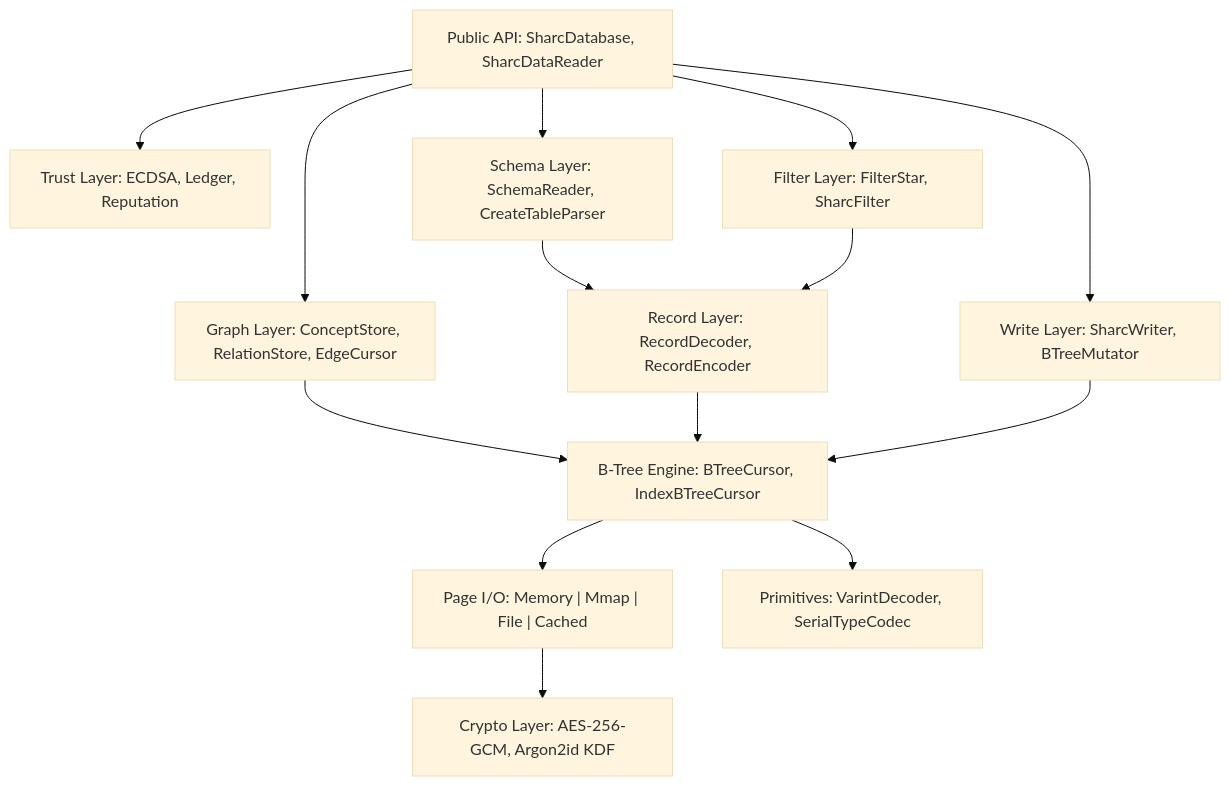
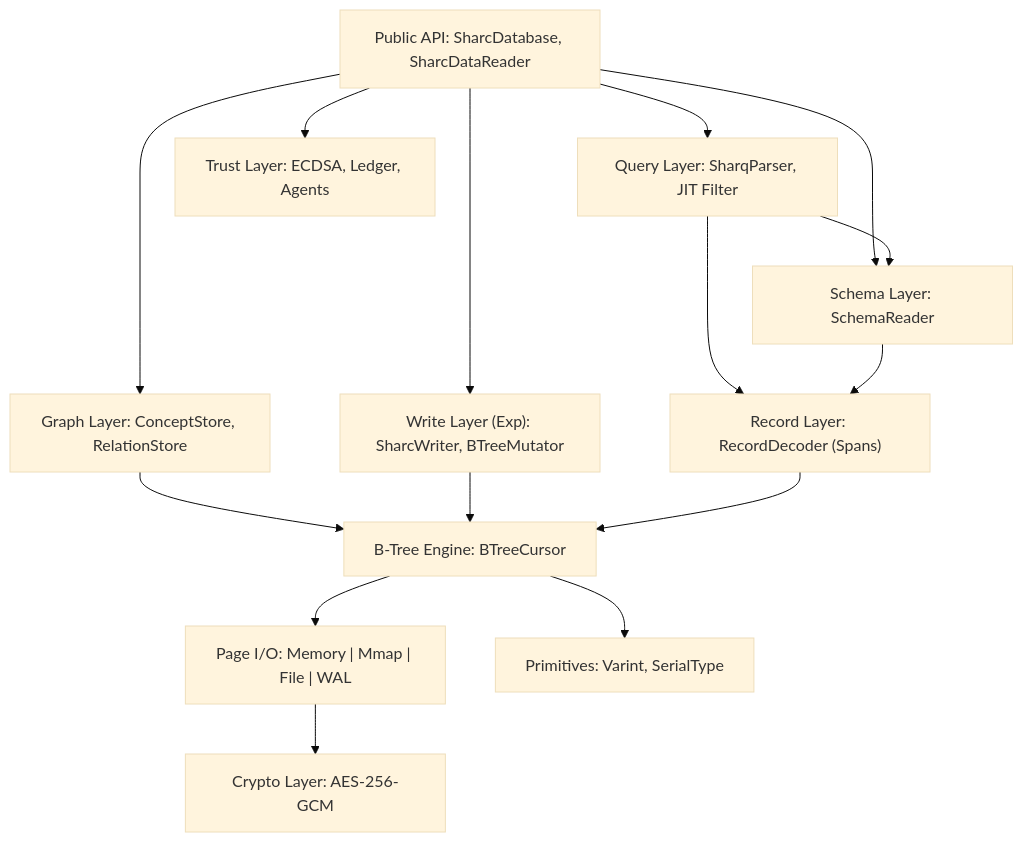
Before and after one commit to revred/Sharc: the diagram in docs/ARCHITECTURE.md, drawn with Mermaid (base theme). The commit also changed other lines of this file and 87 other files, not shown here.

````diff
--- a/docs/ARCHITECTURE.md
+++ b/docs/ARCHITECTURE.md
@@ -7,28 +7,29 @@
 ```mermaid
 graph TD
     API["Public API: SharcDatabase, SharcDataReader"]
-    Write["Write Layer: SharcWriter, BTreeMutator"]
-    Trust["Trust Layer: ECDSA, Ledger, Reputation"]
-    Graph["Graph Layer: ConceptStore, RelationStore, EdgeCursor"]
-    Filter["Filter Layer: FilterStar, SharcFilter"]
-    Schema["Schema Layer: SchemaReader, CreateTableParser"]
-    Records["Record Layer: RecordDecoder, RecordEncoder"]
-    BTree["B-Tree Engine: BTreeCursor, IndexBTreeCursor"]
-    IO["Page I/O: Memory | Mmap | File | Cached"]
-    Crypto["Crypto Layer: AES-256-GCM, Argon2id KDF"]
-    Primitives["Primitives: VarintDecoder, SerialTypeCodec"]
+    Query["Query Layer: SharqParser, JIT Filter"]
+    Write["Write Layer (Exp): SharcWriter, BTreeMutator"]
+    Trust["Trust Layer: ECDSA, Ledger, Agents"]
+    Graph["Graph Layer: ConceptStore, RelationStore"]
+    Schema["Schema Layer: SchemaReader"]
+    Records["Record Layer: RecordDecoder (Spans)"]
+    BTree["B-Tree Engine: BTreeCursor"]
+    IO["Page I/O: Memory | Mmap | File | WAL"]
+    Crypto["Crypto Layer: AES-256-GCM"]
+    Primitives["Primitives: Varint, SerialType"]
 
+    API --> Query
     API --> Write
     API --> Trust
     API --> Graph
-    API --> Filter
     API --> Schema
+    Query --> Schema
+    Query --> Records
+    Graph --> BTree
+    Write --> BTree
     Schema --> Records
-    Filter --> Records
-    Graph --> BTree
     Records --> BTree
-    Write --> BTree
     BTree --> IO
     IO --> Crypto
     BTree --> Primitives
 ```
````
